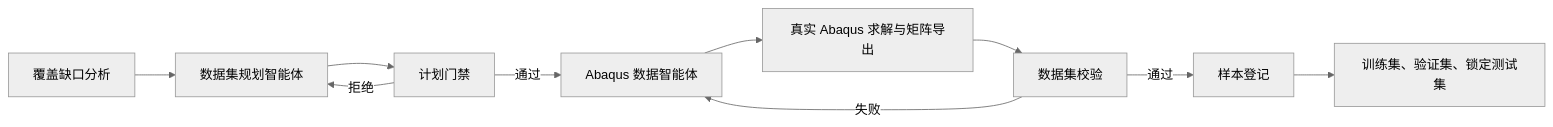
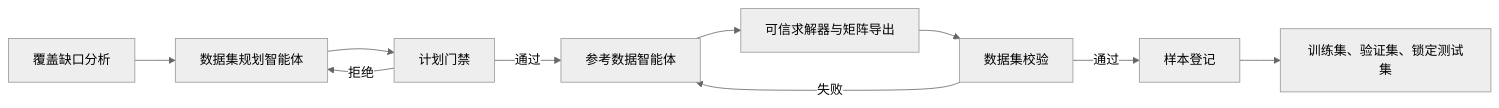
Before and after one commit to Andantino1007/fem-stiffness-agent: the first of 2 diagrams in README.md, drawn with Mermaid (neutral theme). The commit also changed other lines of this file and 49 other files, not shown here.

````diff
--- a/README.md
+++ b/README.md
@@ -13,12 +24,12 @@
 ```mermaid
 flowchart LR
     A["覆盖缺口分析"] --> B["数据集规划智能体"]
     B --> C["计划门禁"]
     C -->|拒绝| B
-    C -->|通过| D["Abaqus 数据智能体"]
-    D --> E["真实 Abaqus 求解与矩阵导出"]
+    C -->|通过| D["参考数据智能体"]
+    D --> E["可信求解器与矩阵导出"]
     E --> F["数据集校验"]
     F -->|失败| D
     F -->|通过| G["样本登记"]
     G --> H["训练集、验证集、锁定测试集"]
 ```
````
